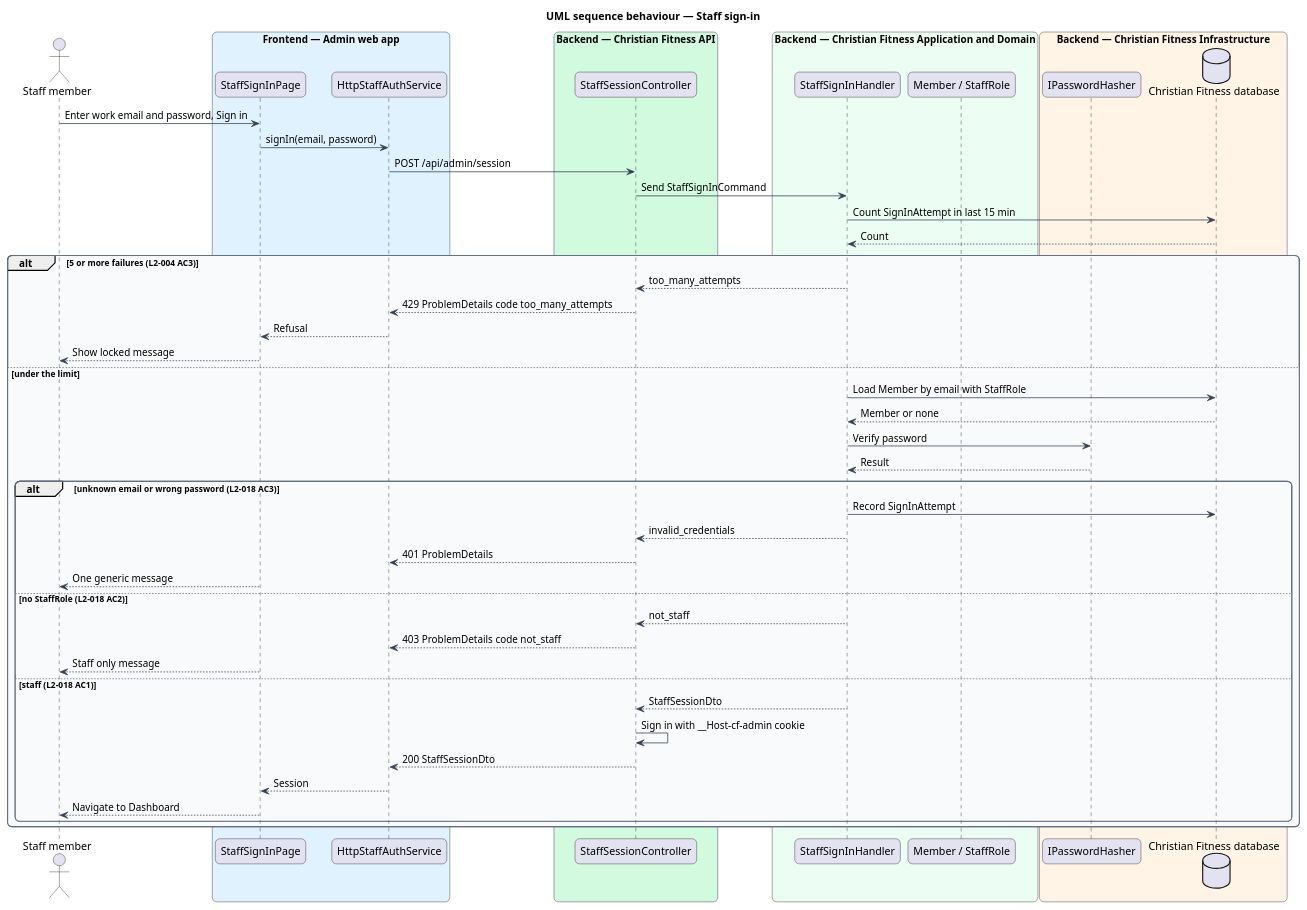
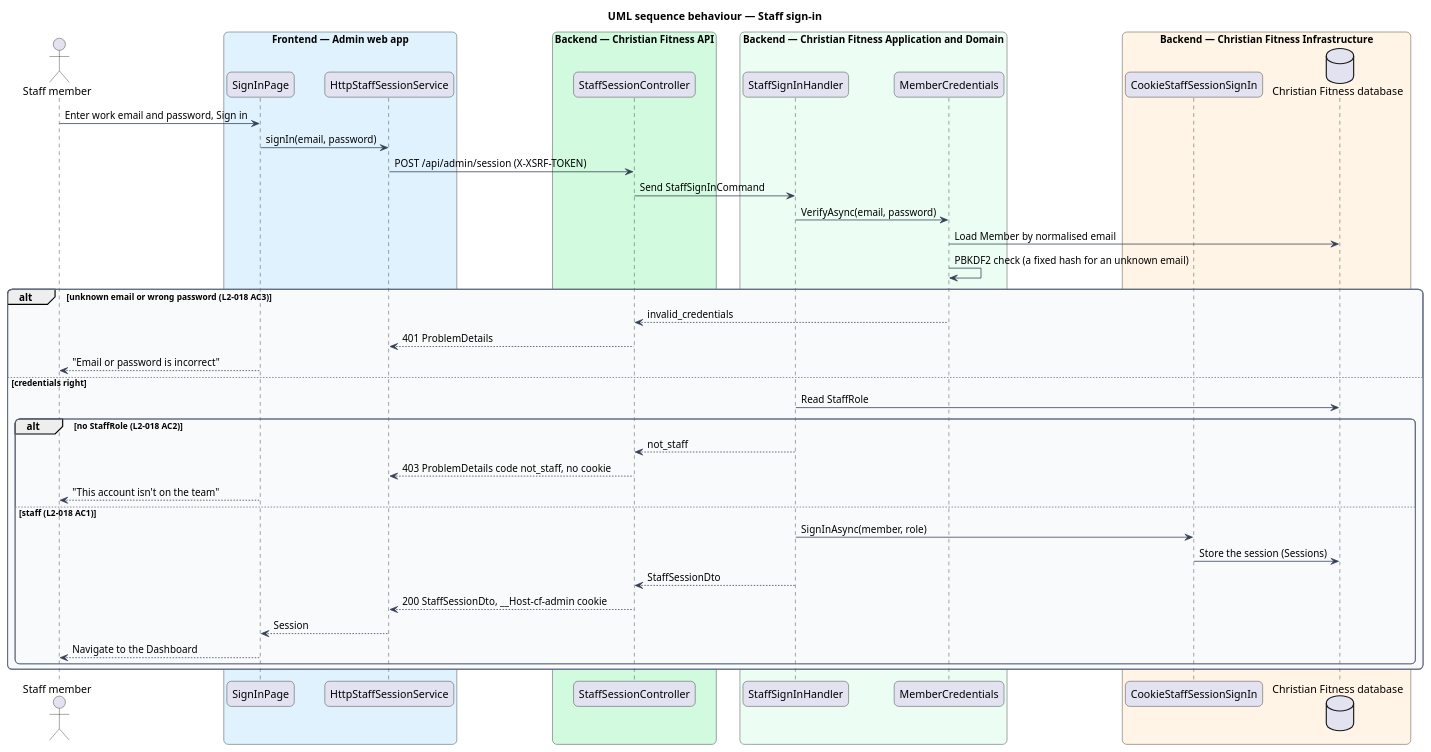
The diagram in docs/detailed-designs/admin-access/admin-sign-in/diagrams/sequence-sign-in.puml (QuinntyneBrown/christian-fitness), drawn with PlantUML before and after one commit. The commit also changed 77 other files, not shown here.

First line of the commit message:
Align requirements, designs and mocks with staff sign-in

```diff
--- a/docs/detailed-designs/admin-access/admin-sign-in/diagrams/sequence-sign-in.puml
+++ b/docs/detailed-designs/admin-access/admin-sign-in/diagrams/sequence-sign-in.puml
@@ -1,66 +1,59 @@
 @startuml
 title UML sequence behaviour — Staff sign-in
 skinparam backgroundColor #FFFFFF
 skinparam shadowing false
 skinparam roundcorner 12
 skinparam defaultFontName Arial
 skinparam ArrowColor #344054
 skinparam rectangle {
   BorderColor #344054
   FontColor #101828
 }
 skinparam package {
   BorderColor #667085
   FontColor #101828
   BackgroundColor #F9FAFB
 }
 actor "Staff member" as actor
 box "Frontend — Admin web app" #E0F2FE
-  participant "StaffSignInPage" as page
-  participant "HttpStaffAuthService" as client
+  participant "SignInPage" as page
+  participant "HttpStaffSessionService" as client
 end box
 box "Backend — Christian Fitness API" #D1FADF
   participant "StaffSessionController" as ctrl
 end box
 box "Backend — Christian Fitness Application and Domain" #ECFDF3
   participant "StaffSignInHandler" as handler
-  participant "Member / StaffRole" as entity
+  participant "MemberCredentials" as creds
 end box
 box "Backend — Christian Fitness Infrastructure" #FFF4E5
-  participant "IPasswordHasher" as hasher
+  participant "CookieStaffSessionSignIn" as cookie
   database "Christian Fitness database" as db
 end box
 actor -> page : Enter work email and password, Sign in
 page -> client : signIn(email, password)
-client -> ctrl : POST /api/admin/session
+client -> ctrl : POST /api/admin/session (X-XSRF-TOKEN)
 ctrl -> handler : Send StaffSignInCommand
-handler -> db : Count SignInAttempt in last 15 min
-db --> handler : Count
-alt 5 or more failures (L2-004 AC3)
-  handler --> ctrl : too_many_attempts
-  ctrl --> client : 429 ProblemDetails code too_many_attempts
-  client --> page : Refusal
-  page --> actor : Show locked message
-else under the limit
-  handler -> db : Load Member by email with StaffRole
-  db --> handler : Member or none
-  handler -> hasher : Verify password
-  hasher --> handler : Result
-  alt unknown email or wrong password (L2-018 AC3)
-    handler -> db : Record SignInAttempt
-    handler --> ctrl : invalid_credentials
-    ctrl --> client : 401 ProblemDetails
-    page --> actor : One generic message
-  else no StaffRole (L2-018 AC2)
+handler -> creds : VerifyAsync(email, password)
+creds -> db : Load Member by normalised email
+creds -> creds : PBKDF2 check (a fixed hash for an unknown email)
+alt unknown email or wrong password (L2-018 AC3)
+  creds --> ctrl : invalid_credentials
+  ctrl --> client : 401 ProblemDetails
+  page --> actor : "Email or password is incorrect"
+else credentials right
+  handler -> db : Read StaffRole
+  alt no StaffRole (L2-018 AC2)
     handler --> ctrl : not_staff
-    ctrl --> client : 403 ProblemDetails code not_staff
-    page --> actor : Staff only message
+    ctrl --> client : 403 ProblemDetails code not_staff, no cookie
+    page --> actor : "This account isn't on the team"
   else staff (L2-018 AC1)
+    handler -> cookie : SignInAsync(member, role)
+    cookie -> db : Store the session (Sessions)
     handler --> ctrl : StaffSessionDto
-    ctrl -> ctrl : Sign in with __Host-cf-admin cookie
-    ctrl --> client : 200 StaffSessionDto
+    ctrl --> client : 200 StaffSessionDto, __Host-cf-admin cookie
     client --> page : Session
-    page --> actor : Navigate to Dashboard
+    page --> actor : Navigate to the Dashboard
   end
 end
 @enduml
```
